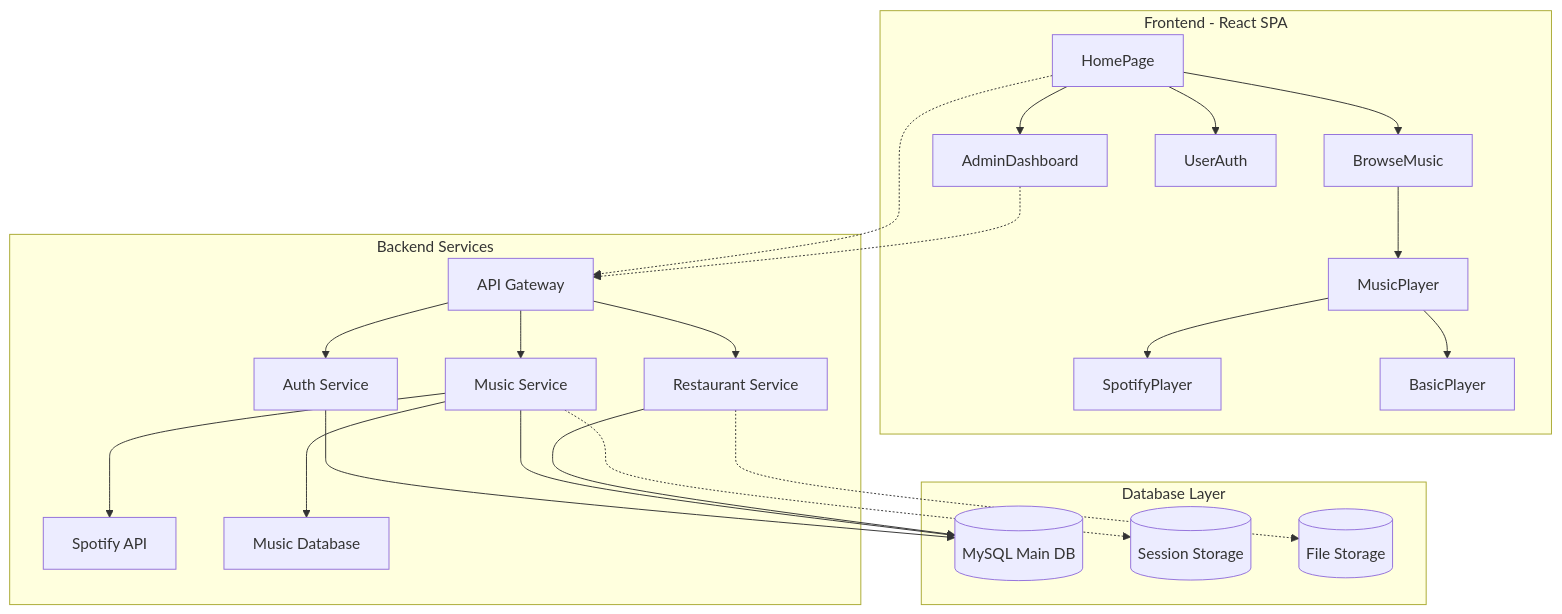
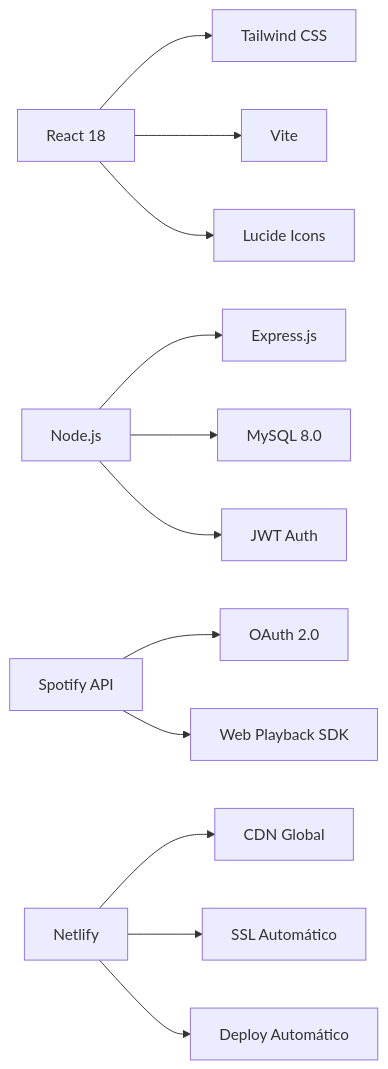
One commit to BryanCodeDev/restaurant-music-app changed the first of 2 diagrams in README.md. Above: the diagram before and after it, drawn with Mermaid. The commit also changed other lines of this file and 22 other files, not shown here.

````diff
--- a/README.md
+++ b/README.md
@@ -57,33 +85,17 @@
 ```mermaid
-graph TB
-    subgraph "Frontend - React SPA"
-        A[HomePage] --> B[BrowseMusic]
-        A --> C[AdminDashboard]
-        A --> D[UserAuth]
-        B --> E[MusicPlayer]
-        E --> F[SpotifyPlayer]
-        E --> G[BasicPlayer]
-    end
-    
-    subgraph "Backend Services"
-        H[API Gateway] --> I[Auth Service]
-        H --> J[Music Service]
-        H --> K[Restaurant Service]
-        J --> L[Spotify API]
-        J --> M[Music Database]
-    end
-    
-    subgraph "Database Layer"
-        N[(MySQL Main DB)]
-        O[(Session Storage)]
-        P[(File Storage)]
-    end
-    
-    A -.-> H
-    C -.-> H
-    I --> N
-    J --> N
-    K --> N
-    J -.-> O
-    K -.-> P
+graph LR
+    A[React 18] --> B[Tailwind CSS]
+    A --> C[Vite]
+    A --> D[Lucide Icons]
+
+    E[Node.js] --> F[Express.js]
+    E --> G[MySQL 8.0]
+    E --> H[JWT Auth]
+
+    I[Spotify API] --> J[OAuth 2.0]
+    I --> K[Web Playback SDK]
+
+    L[Netlify] --> M[CDN Global]
+    L --> N[SSL Automático]
+    L --> O[Deploy Automático]
 ```
````
